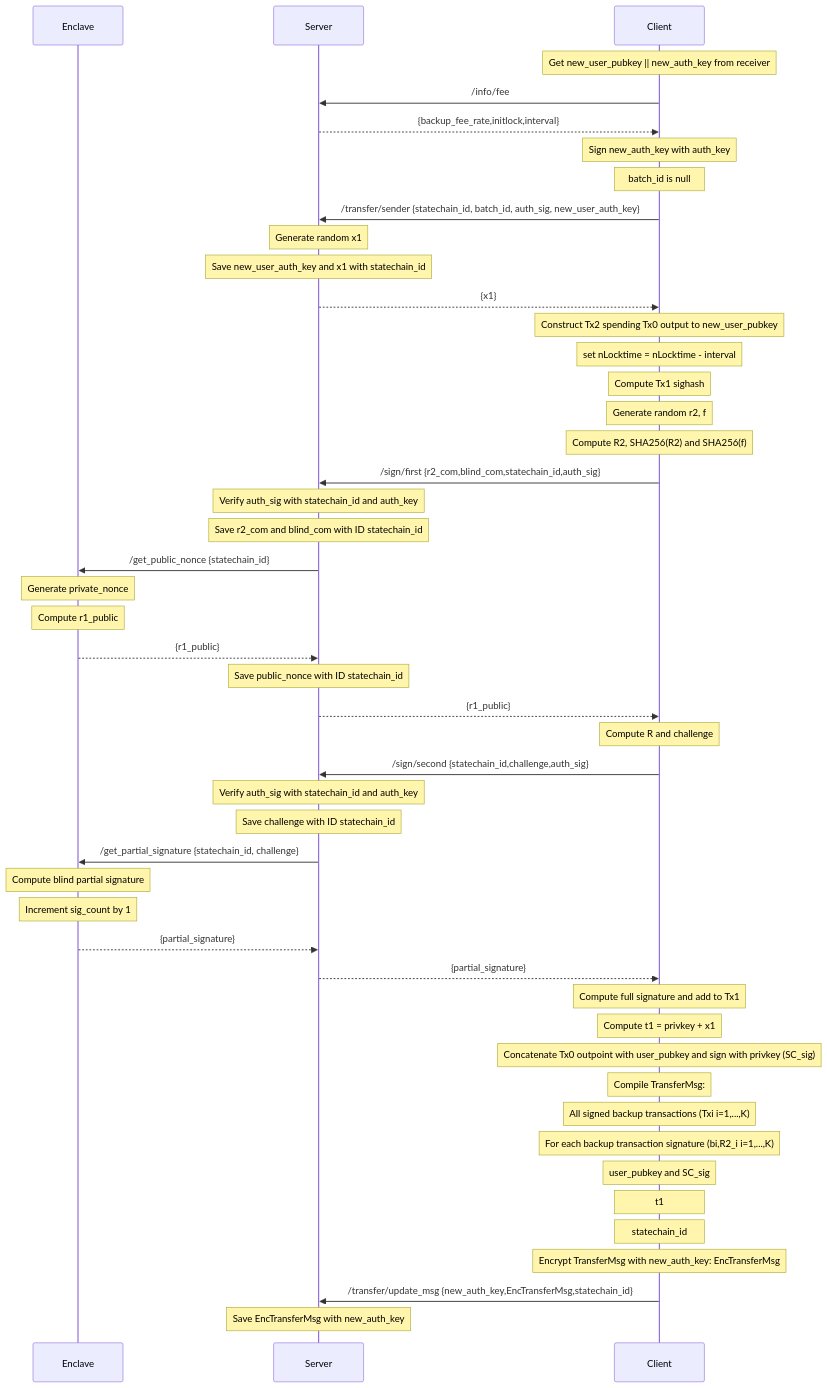
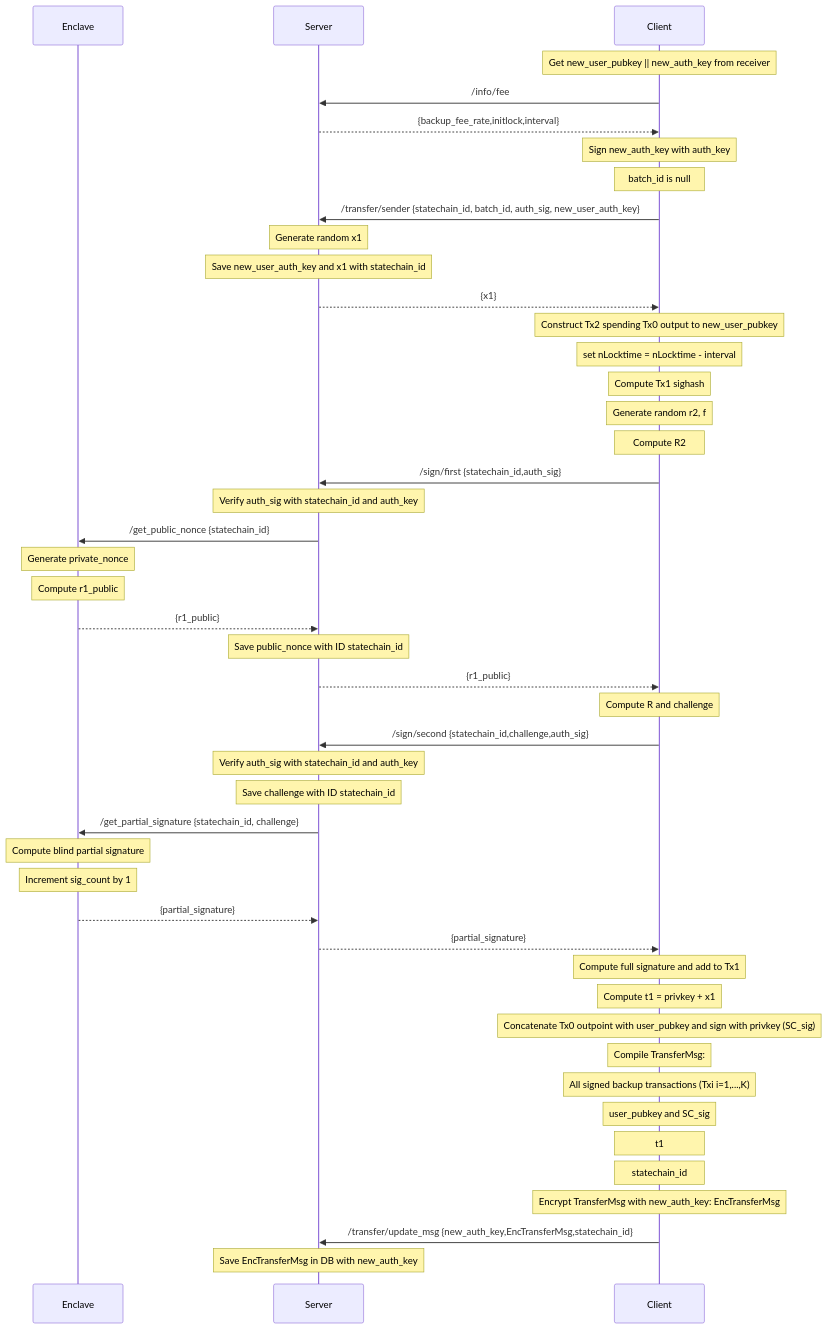
The diagram in docs/transfer_sender_sequence.md (commerceblock/mercurylayer), drawn with Mermaid before and after one commit.

````diff
--- a/docs/transfer_sender_sequence.md
+++ b/docs/transfer_sender_sequence.md
@@ -3,50 +3,48 @@
 ```mermaid
 sequenceDiagram
     participant Enclave
     participant Server
     participant Client
     note over Client: Get new_user_pubkey || new_auth_key from receiver
     Client->>Server: /info/fee
     Server-->>Client: {backup_fee_rate,initlock,interval}
     note over Client: Sign new_auth_key with auth_key
     note over Client: batch_id is null
     Client->>Server: /transfer/sender {statechain_id, batch_id, auth_sig, new_user_auth_key}
     note over Server: Generate random x1
     note over Server: Save new_user_auth_key and x1 with statechain_id
     Server-->>Client: {x1}
     note over Client: Construct Tx2 spending Tx0 output to new_user_pubkey
     note over Client: set nLocktime = nLocktime - interval
     note over Client: Compute Tx1 sighash
-    note over Client: Generate random r2, f 
-    note over Client: Compute R2, SHA256(R2) and SHA256(f)
-    Client->>Server: /sign/first {r2_com,blind_com,statechain_id,auth_sig}
+    note over Client: Generate random r2, f
+    note over Client: Compute R2
+    Client->>Server: /sign/first {statechain_id,auth_sig}
     note over Server: Verify auth_sig with statechain_id and auth_key
-    note over Server: Save r2_com and blind_com with ID statechain_id
     Server->>Enclave: /get_public_nonce {statechain_id}
     note over Enclave: Generate private_nonce
     note over Enclave: Compute r1_public
     Enclave-->>Server: {r1_public}
     note over Server: Save public_nonce with ID statechain_id
     Server-->>Client: {r1_public}
     note over Client: Compute R and challenge
     Client->>Server: /sign/second {statechain_id,challenge,auth_sig}
     note over Server: Verify auth_sig with statechain_id and auth_key
     note over Server: Save challenge with ID statechain_id
     Server->>Enclave: /get_partial_signature {statechain_id, challenge}
     note over Enclave: Compute blind partial signature
     note over Enclave: Increment sig_count by 1
     Enclave-->>Server: {partial_signature}
     Server-->>Client: {partial_signature}
     note over Client: Compute full signature and add to Tx1
     note over Client: Compute t1 = privkey + x1
     note over Client: Concatenate Tx0 outpoint with user_pubkey and sign with privkey (SC_sig)
     note over Client: Compile TransferMsg: 
     note over Client: All signed backup transactions (Txi i=1,...,K)
-    note over Client: For each backup transaction signature (bi,R2_i i=1,...,K)
     note over Client: user_pubkey and SC_sig
     note over Client: t1
     note over Client: statechain_id
     note over Client: Encrypt TransferMsg with new_auth_key: EncTransferMsg
     Client->>Server: /transfer/update_msg {new_auth_key,EncTransferMsg,statechain_id}
-    note over Server: Save EncTransferMsg with new_auth_key
+    note over Server: Save EncTransferMsg in DB with new_auth_key
 ```
````
